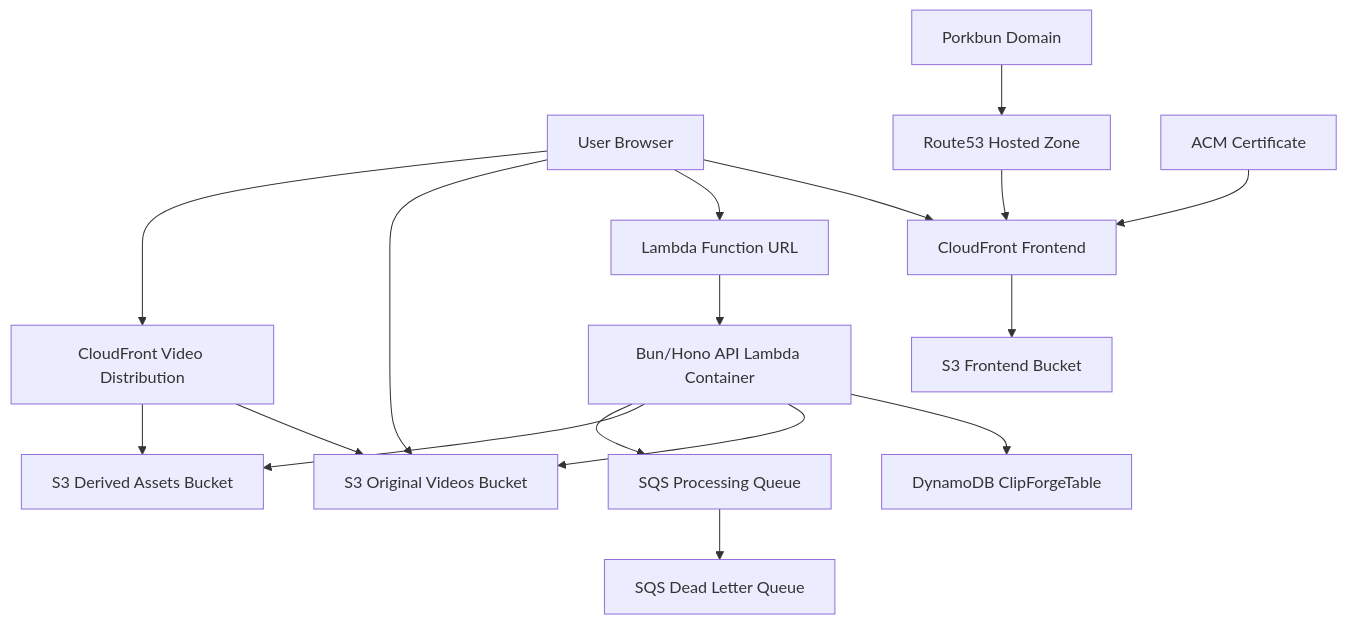
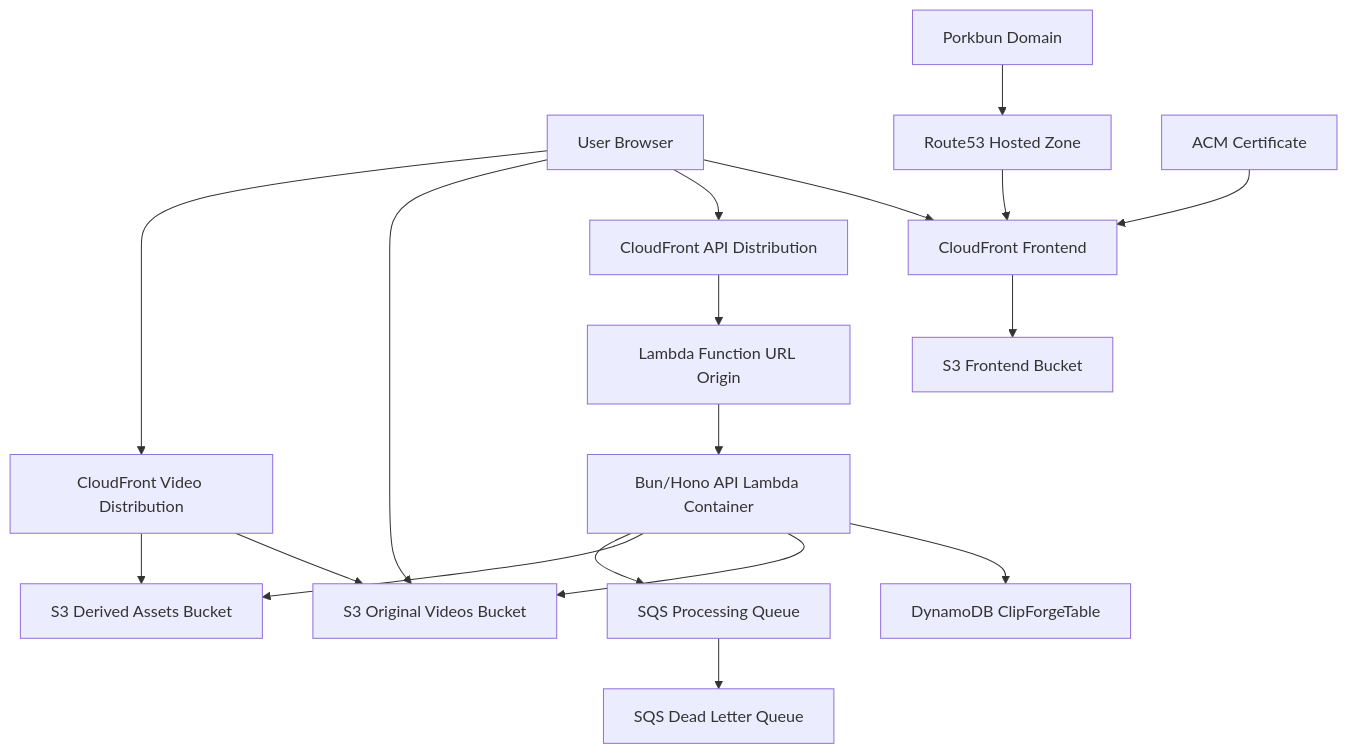
Before and after one commit to bilaljawaid980/cloud-project: the diagram in docs/PROJECT_DETAILS.md, drawn with Mermaid. The commit also changed other lines of this file and 3 other files, not shown here.

````diff
--- a/docs/PROJECT_DETAILS.md
+++ b/docs/PROJECT_DETAILS.md
@@ -44,23 +46,24 @@
 ```mermaid
 flowchart TD
   User[User Browser] --> WebCF[CloudFront Frontend]
   WebCF --> WebS3[S3 Frontend Bucket]
 
-  User --> ApiUrl[Lambda Function URL]
+  User --> ApiCF[CloudFront API Distribution]
+  ApiCF --> ApiUrl[Lambda Function URL Origin]
   ApiUrl --> ApiLambda[Bun/Hono API Lambda Container]
 
   ApiLambda --> Dynamo[DynamoDB ClipForgeTable]
   ApiLambda --> Originals[S3 Original Videos Bucket]
   ApiLambda --> Derived[S3 Derived Assets Bucket]
   ApiLambda --> Queue[SQS Processing Queue]
   Queue --> DLQ[SQS Dead Letter Queue]
 
   User --> Originals
   User --> VideoCF[CloudFront Video Distribution]
   VideoCF --> Originals
   VideoCF --> Derived
 
   Porkbun[Porkbun Domain] --> Route53[Route53 Hosted Zone]
   Route53 --> WebCF
   ACM[ACM Certificate] --> WebCF
 ```
````
